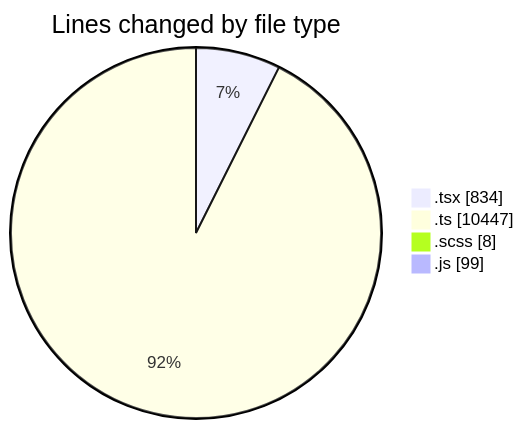
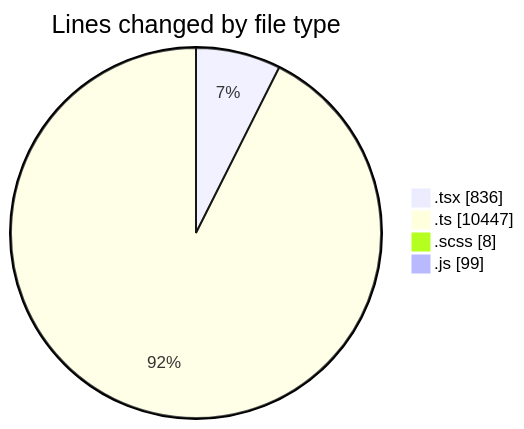
Before and after one commit to momahboobian/code-tracking: the first of 2 diagrams in 2025-03-26/cda/README.md, drawn with Mermaid. The commit also changed other lines of this file and 1 other file, not shown here.

````diff
--- a/2025-03-26/cda/README.md
+++ b/2025-03-26/cda/README.md
@@ -39,8 +39,8 @@
 ```mermaid
 pie showData
 title Lines changed by file type
-".tsx" : 834
+".tsx" : 836
 ".ts" : 10447
 ".scss" : 8
 ".js" : 99
 ```
````
